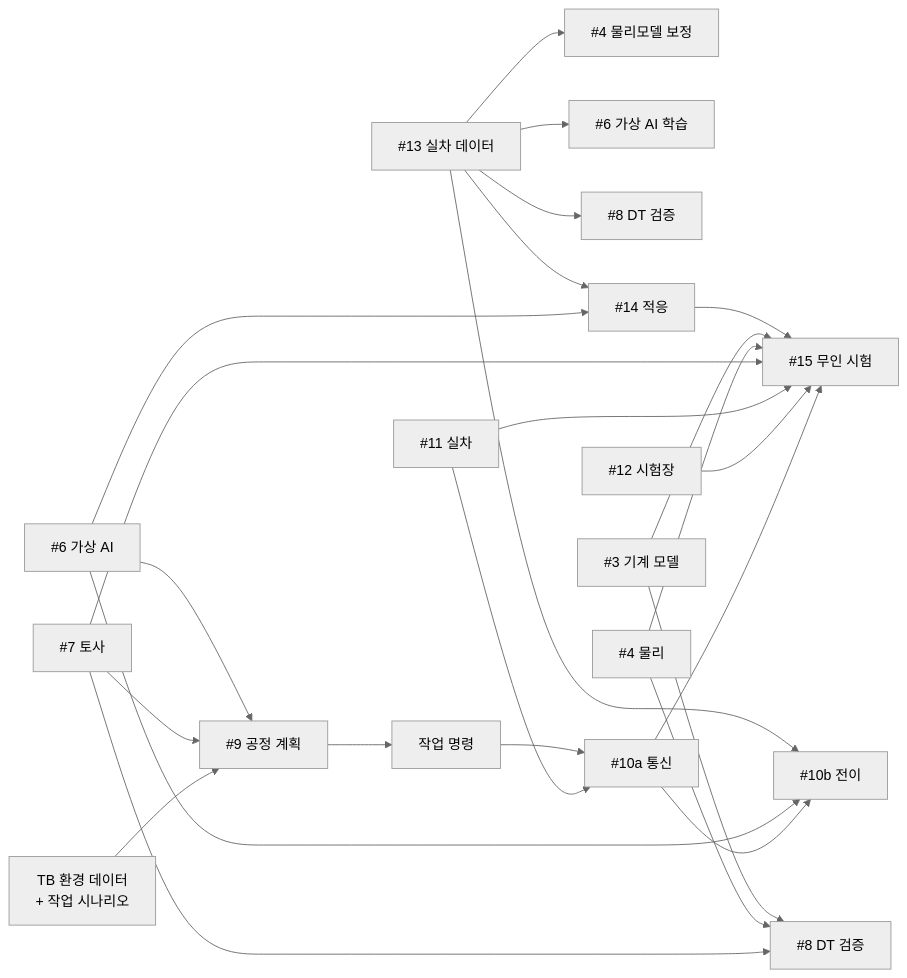
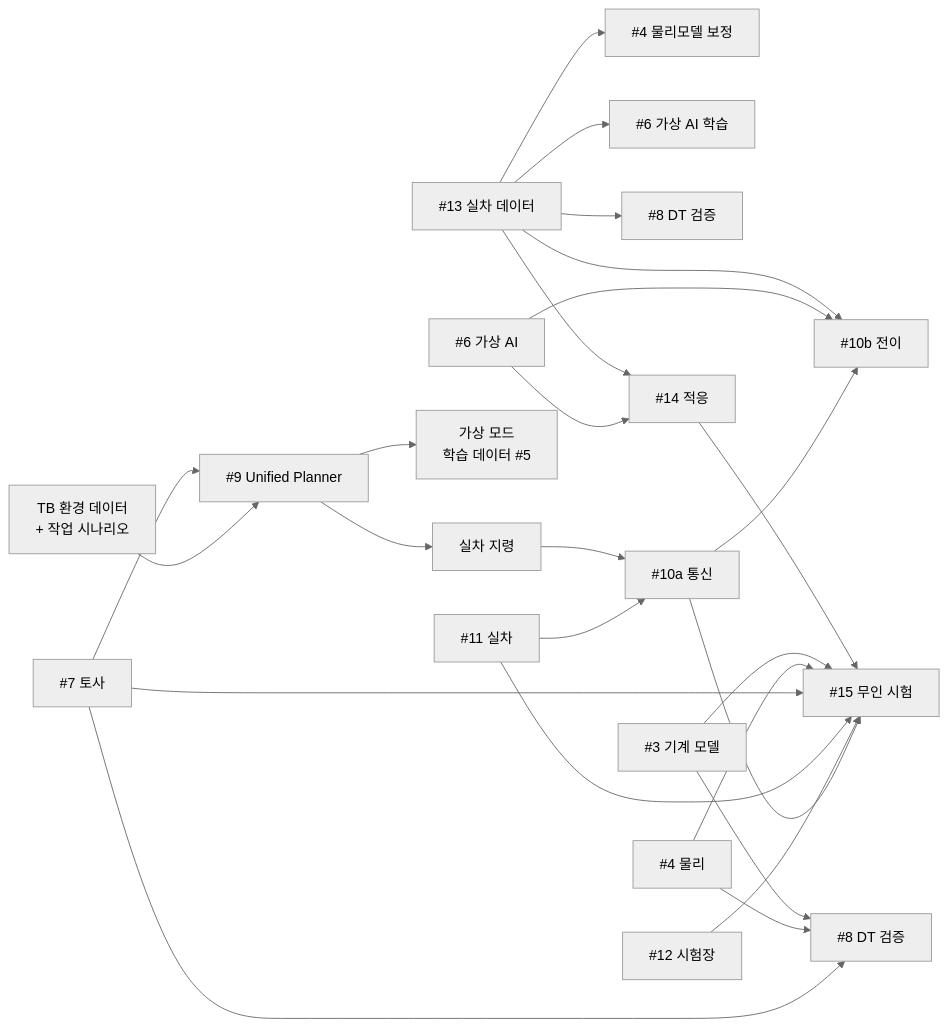
Before and after one commit to rebirther00/report: the second of 2 diagrams in 11. DT/사업기획_업무상세화_v1.md, drawn with Mermaid (neutral theme). The commit also changed other lines of this file and 3 other files, not shown here.

First line of the commit message:
DT 사업기획 문서군 동기화: 두 기둥·Unified Planner·정밀도 모드·용어 한글화

````diff
--- a/11. DT/사업기획_업무상세화_v1.md
+++ b/11. DT/사업기획_업무상세화_v1.md
@@ -705,32 +755,32 @@
 ```mermaid
 graph LR
     A[#13 실차 데이터] --> B[#4 물리모델 보정]
     A --> C[#6 가상 AI 학습]
     A --> D[#8 DT 검증]
     A --> E[#10b 전이]
     A --> F[#14 적응]
 
     G[#6 가상 AI] --> F
     G --> E
-    G --> P[#9 공정 계획]
 
     H[#3 기계 모델] --> I[#8 DT 검증]
     J[#4 물리] --> I
     K[#7 토사] --> I
-    K --> P
+    K --> P[#9 Unified Planner]
 
     TB[TB 환경 데이터<br/>+ 작업 시나리오] --> P
-    P --> Q[작업 명령]
-    Q --> O[#10a 통신]
+    P --> Q1[가상 모드<br/>학습 데이터 #5]
+    P --> Q2[실차 지령]
+    Q2 --> O[#10a 통신]
 
     F --> L[#15 무인 시험]
     H --> L
     J --> L
     K --> L
     M[#11 실차] --> L
     N[#12 시험장] --> L
 
     O --> E
     O --> L
     M --> O
 ```
````
